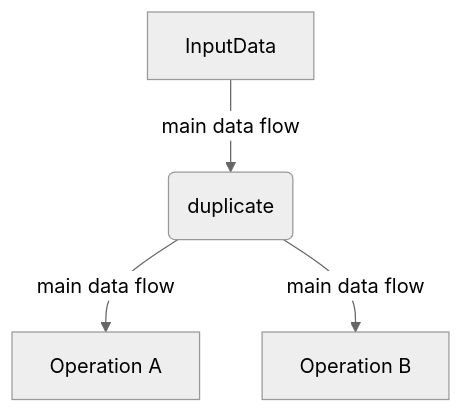
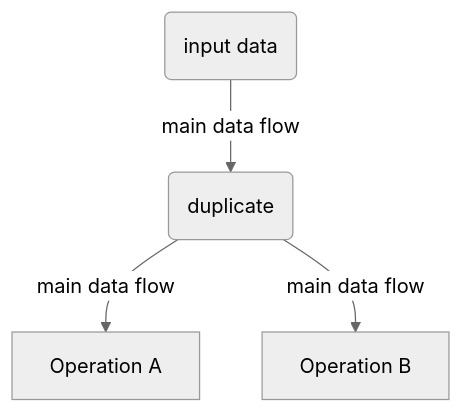
One commit to windwhiterain/Elf changed the ninth of 16 diagrams in readme.md. Above: the diagram before and after it, drawn with Mermaid (neutral theme). The commit also changed other lines of this file and 2 other files, not shown here.

````diff
--- a/readme.md
+++ b/readme.md
@@ -201,4 +308,4 @@
 ```mermaid
 graph TB
-    in[InputData]--main data flow-->du(duplicate)--main data flow-->op1[Operation A] & op2[Operation B]
+    in(input data)--main data flow-->du(duplicate)--main data flow-->op1[Operation A] & op2[Operation B]
 ```
````
